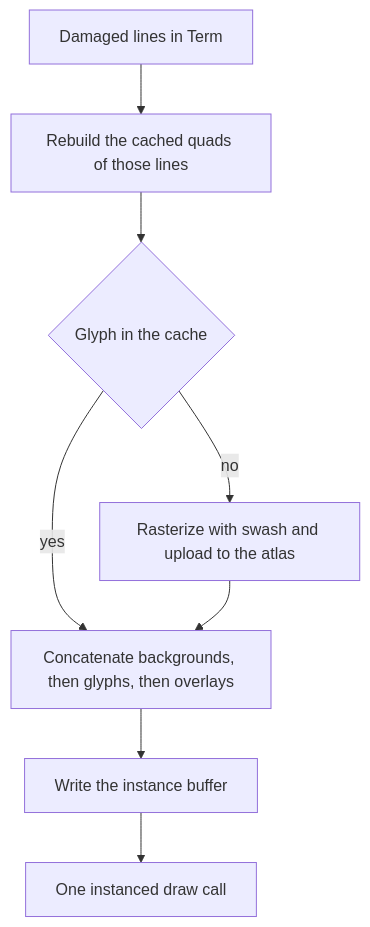
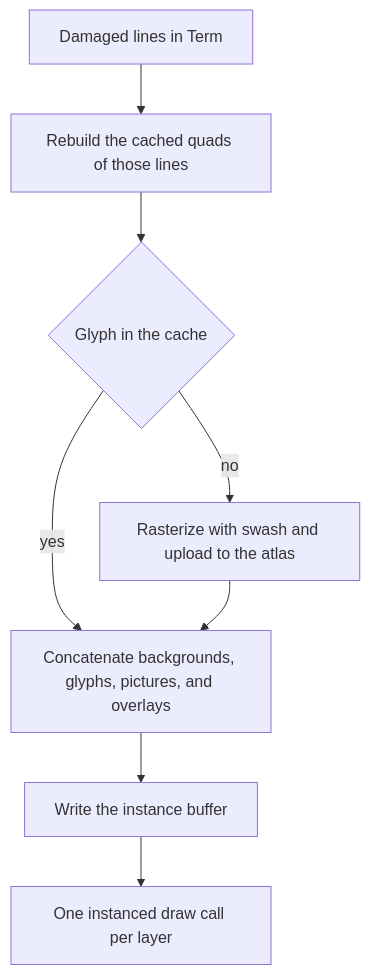
The ninth of 9 diagrams in docs/architecture.md (riya-amemiya/Dartel), drawn with Mermaid before and after one commit. The commit also changed other lines of this file and 50 other files, not shown here.

````diff
--- a/docs/architecture.md
+++ b/docs/architecture.md
@@ -322,10 +447,10 @@
 ```mermaid
 flowchart TD
     damage["Damaged lines in Term"] --> rebuild["Rebuild the cached quads of those lines"]
     rebuild --> cached{"Glyph in the cache"}
-    cached -- yes --> frame["Concatenate backgrounds, then glyphs, then overlays"]
+    cached -- yes --> frame["Concatenate backgrounds, glyphs, pictures, and overlays"]
     cached -- no --> raster["Rasterize with swash and upload to the atlas"]
     raster --> frame
     frame --> buffer["Write the instance buffer"]
-    buffer --> draw["One instanced draw call"]
+    buffer --> draw["One instanced draw call per layer"]
 ```
````
